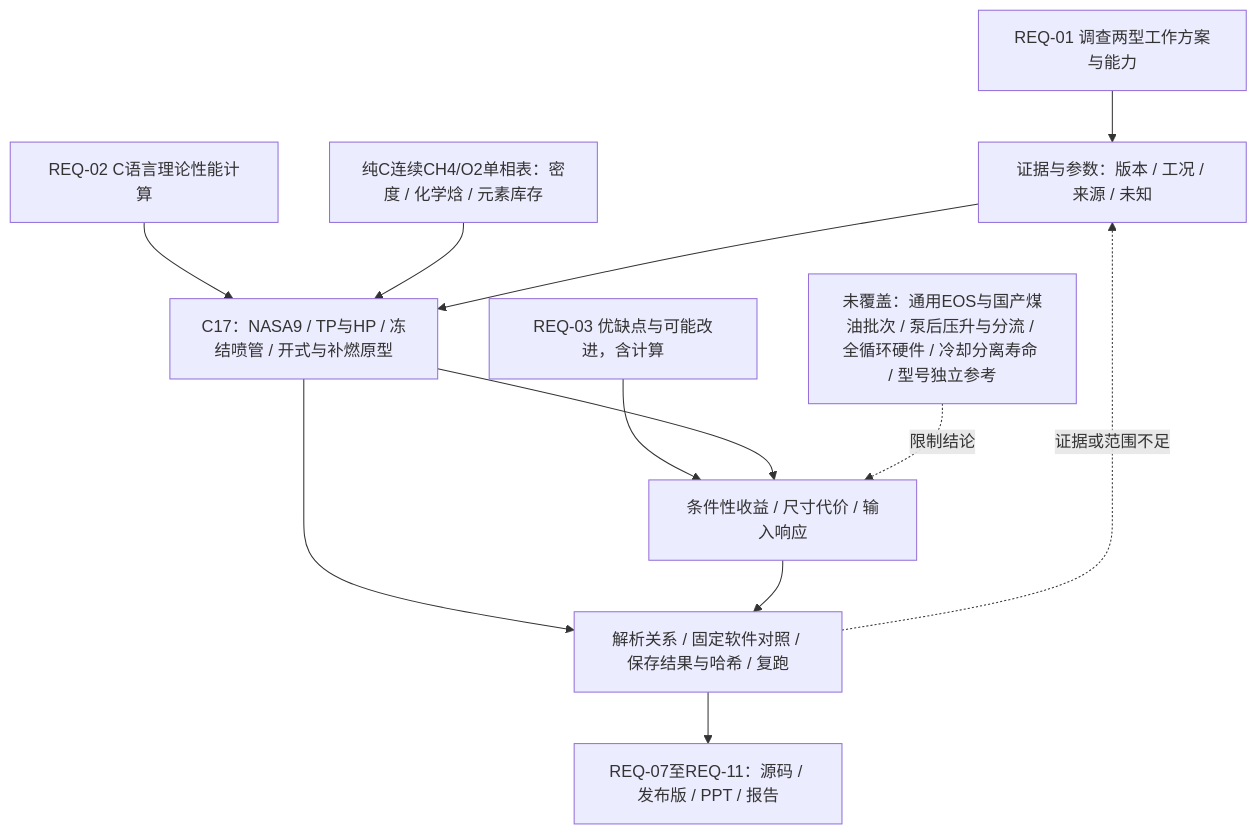
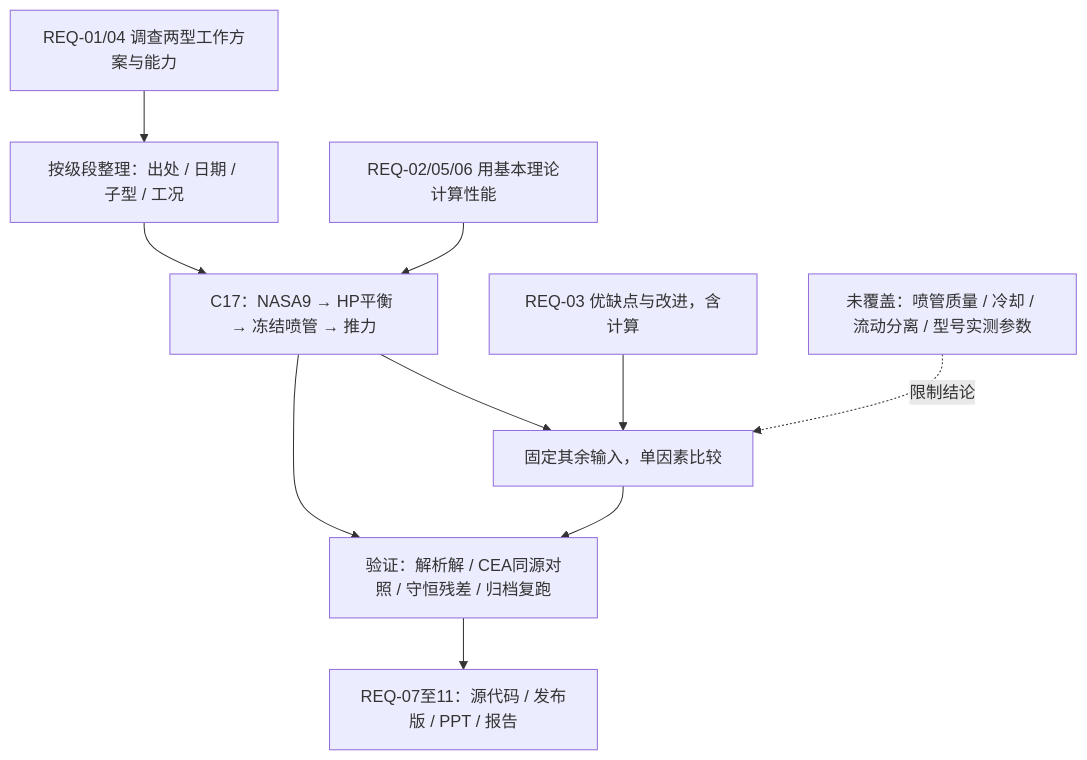
Before and after one commit to 2725238326/rocketperf-course-research: the diagram in docs/architecture/assignment.mmd, drawn with Mermaid. The commit also changed 55 other files, not shown here.

```diff
--- a/docs/architecture/assignment.mmd
+++ b/docs/architecture/assignment.mmd
@@ -1,11 +1,9 @@
 flowchart TD
-  A[REQ-01 调查两型工作方案与能力] --> E[证据与参数：版本 / 工况 / 来源 / 未知]
-  B[REQ-02 C语言理论性能计算] --> C[C17：NASA9 / TP与HP / 冻结喷管 / 开式与补燃原型]
-  L[纯C连续CH4/O2单相表：密度 / 化学焓 / 元素库存] --> C
-  R[REQ-03 优缺点与可能改进，含计算] --> I[条件性收益 / 尺寸代价 / 输入响应]
+  A[REQ-01/04 调查两型工作方案与能力] --> E[按级段整理：出处 / 日期 / 子型 / 工况]
+  B[REQ-02/05/06 用基本理论计算性能] --> C[C17：NASA9 → HP平衡 → 冻结喷管 → 推力]
+  R[REQ-03 优缺点与改进，含计算] --> I[固定其余输入，单因素比较]
   E --> C --> I
-  C --> V[解析关系 / 固定软件对照 / 保存结果与哈希 / 复跑]
+  C --> V[验证：解析解 / CEA同源对照 / 守恒残差 / 归档复跑]
   I --> V
-  V --> D[REQ-07至REQ-11：源码 / 发布版 / PPT / 报告]
-  V -. 证据或范围不足 .-> E
-  U[未覆盖：通用EOS与国产煤油批次 / 泵后压升与分流 / 全循环硬件 / 冷却分离寿命 / 型号独立参考] -. 限制结论 .-> I
+  V --> D[REQ-07至11：源代码 / 发布版 / PPT / 报告]
+  U[未覆盖：喷管质量 / 冷却 / 流动分离 / 型号实测参数] -. 限制结论 .-> I
```
